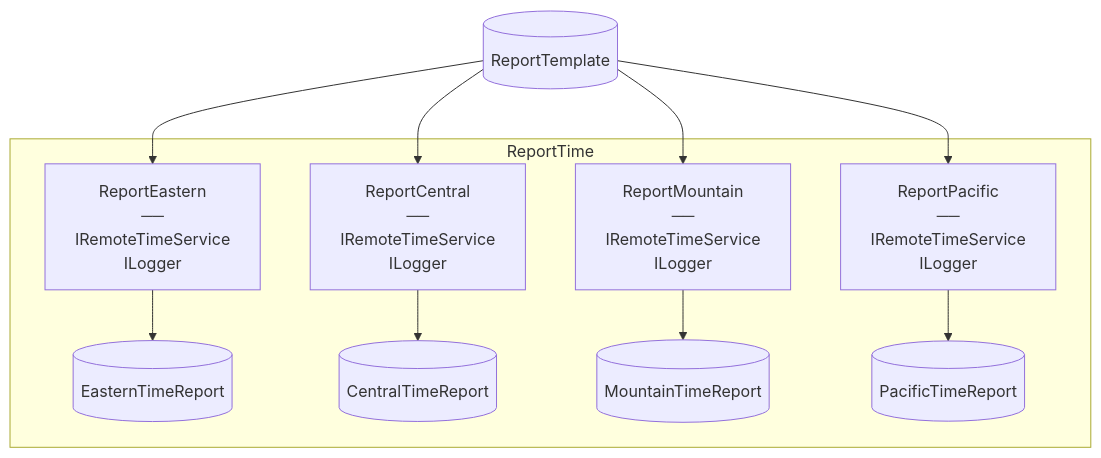
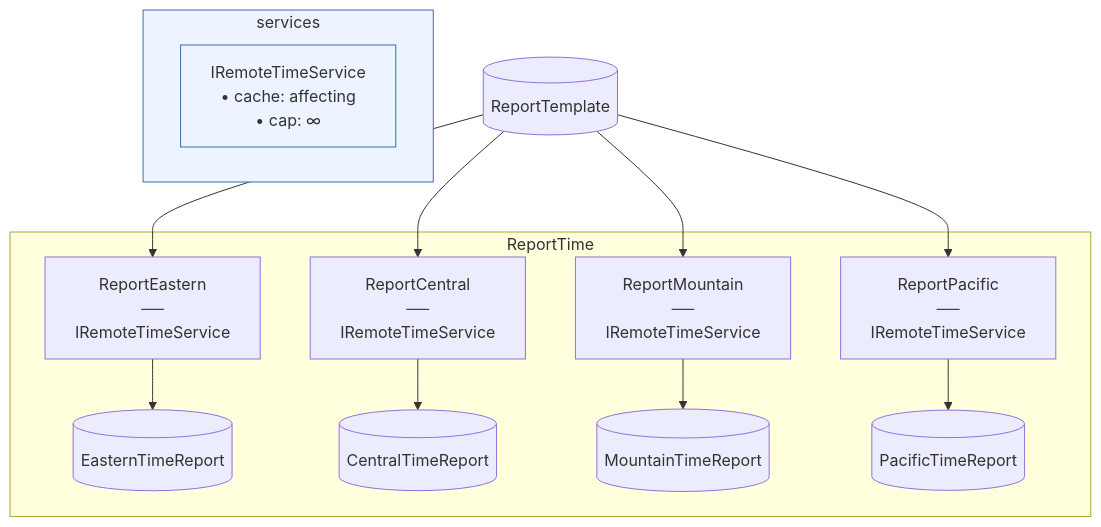
The diagram in examples/starter/SimpleEffectsExample/README.md (chaoticgoodcomputing/flowthru), drawn with Mermaid before and after one commit. The commit also changed 18 other files, not shown here.

````diff
--- a/examples/starter/SimpleEffectsExample/README.md
+++ b/examples/starter/SimpleEffectsExample/README.md
@@ -43,28 +43,36 @@
 ```mermaid
 flowchart TB
 
     %% External Data Inputs
     ReportTemplate[("ReportTemplate")]
 
     subgraph ReportTime["ReportTime"]
-        ReportEastern["ReportEastern<br>──<br>IRemoteTimeService<br>ILogger"]
+        ReportEastern["ReportEastern<br>──<br>IRemoteTimeService"]
         EasternTimeReport[("EasternTimeReport")]
-        ReportCentral["ReportCentral<br>──<br>IRemoteTimeService<br>ILogger"]
+        ReportCentral["ReportCentral<br>──<br>IRemoteTimeService"]
         CentralTimeReport[("CentralTimeReport")]
-        ReportMountain["ReportMountain<br>──<br>IRemoteTimeService<br>ILogger"]
+        ReportMountain["ReportMountain<br>──<br>IRemoteTimeService"]
         MountainTimeReport[("MountainTimeReport")]
-        ReportPacific["ReportPacific<br>──<br>IRemoteTimeService<br>ILogger"]
+        ReportPacific["ReportPacific<br>──<br>IRemoteTimeService"]
         PacificTimeReport[("PacificTimeReport")]
     end
+
+    %% Service legend
+    subgraph service_legend["services"]
+        svc_SimpleEffectsExample_Services_IRemoteTimeService["IRemoteTimeService<br>• cache: affecting<br>• cap: ∞"]
+    end
+    style service_legend fill:#EEF4FF,stroke:#3B6FB0
+    classDef serviceNode fill:#EEF4FF,stroke:#3B6FB0
+    class svc_SimpleEffectsExample_Services_IRemoteTimeService serviceNode
 
     %% Edges
     ReportTemplate --> ReportEastern
     ReportEastern --> EasternTimeReport
     ReportTemplate --> ReportCentral
     ReportCentral --> CentralTimeReport
     ReportTemplate --> ReportMountain
     ReportMountain --> MountainTimeReport
     ReportTemplate --> ReportPacific
     ReportPacific --> PacificTimeReport
 
 ```
````
